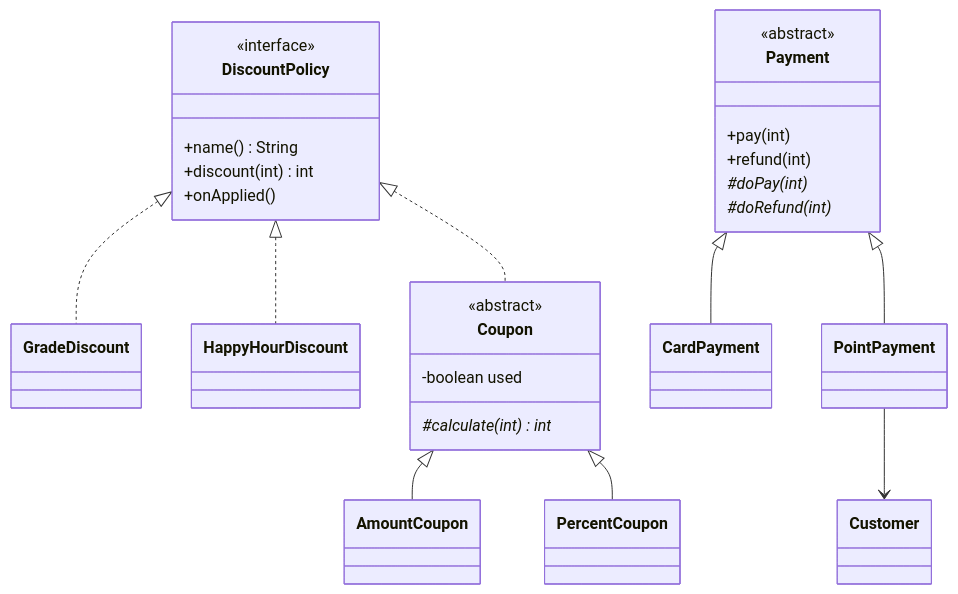
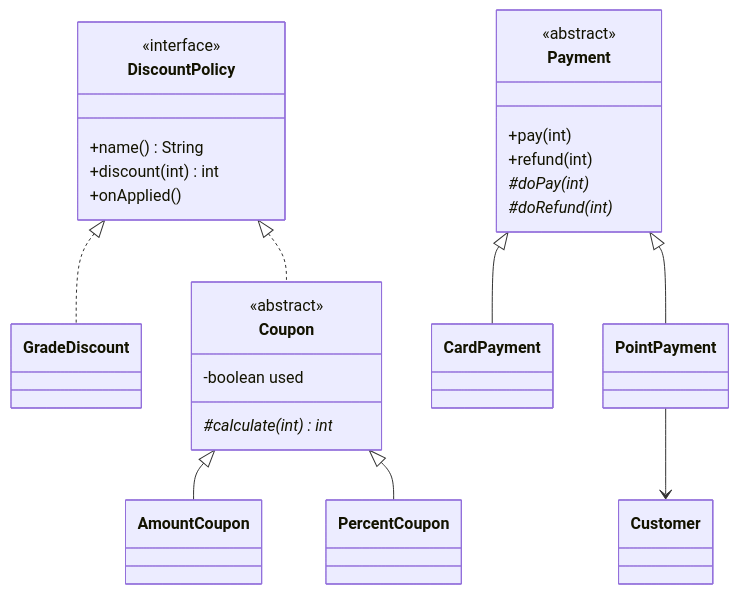
One commit to wjdrjsdn032607-creator/cafe-kiosk changed the third of 4 diagrams in docs/class-diagram.md. Above: the diagram before and after it, drawn with Mermaid. The commit also changed 8 other files, not shown here.

````diff
--- a/docs/class-diagram.md
+++ b/docs/class-diagram.md
@@ -104,37 +104,35 @@
 ```mermaid
 classDiagram
     direction TB
     class DiscountPolicy {
         <<interface>>
         +name() String
         +discount(int) int
         +onApplied()
     }
     class GradeDiscount
-    class HappyHourDiscount
     class Coupon {
         <<abstract>>
         -boolean used
         #calculate(int) int*
     }
     class AmountCoupon
     class PercentCoupon
     class Payment {
         <<abstract>>
         +pay(int)
         +refund(int)
         #doPay(int)*
         #doRefund(int)*
     }
     class CardPayment
     class PointPayment
 
     DiscountPolicy <|.. GradeDiscount
-    DiscountPolicy <|.. HappyHourDiscount
     DiscountPolicy <|.. Coupon
     Coupon <|-- AmountCoupon
     Coupon <|-- PercentCoupon
     Payment <|-- CardPayment
     Payment <|-- PointPayment
     PointPayment --> Customer
 ```
````
